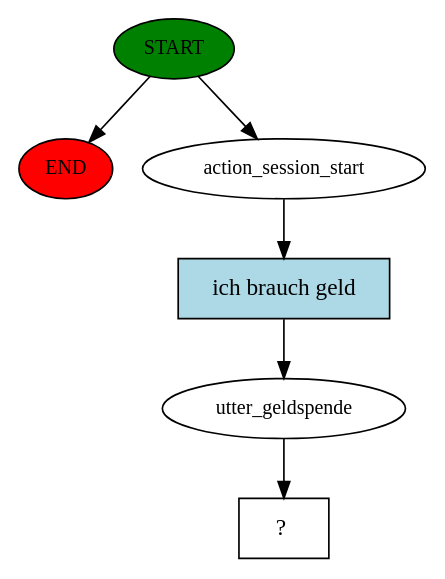
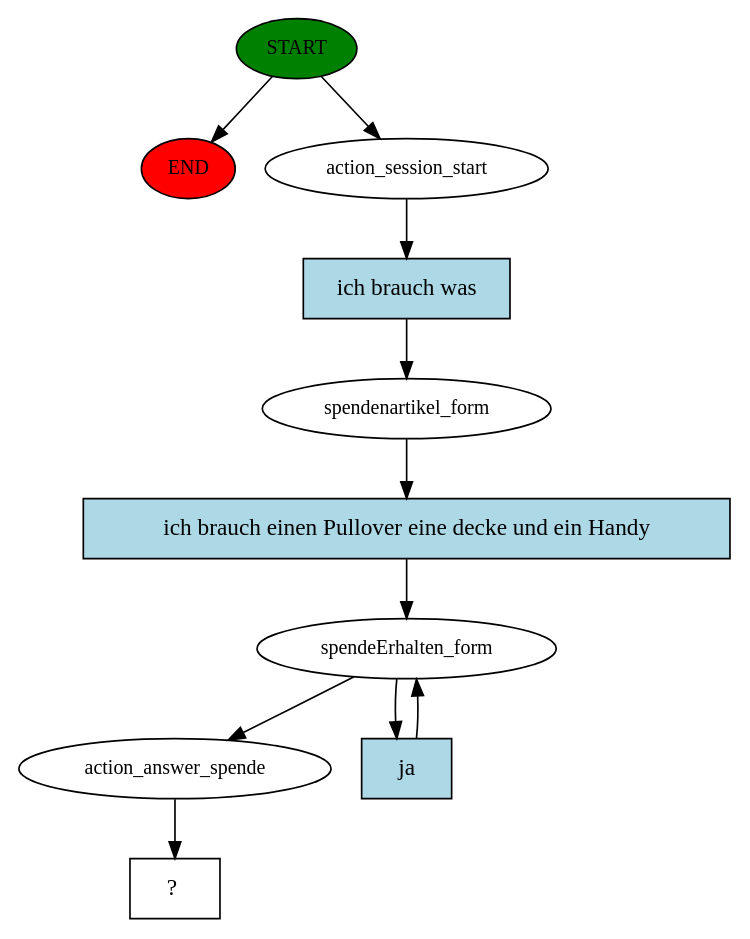
One commit to Schlaue-Lise-IT-Project/schlaue-lise changed the diagram in story_graph.dot. Above: the diagram before and after it, drawn with Graphviz. The commit also changed 3 other files, not shown here.

```diff
--- a/story_graph.dot
+++ b/story_graph.dot
@@ -1,13 +1,22 @@
 digraph  {
 0 [class="start active", fillcolor=green, fontsize=12, label=START, style=filled];
 "-1" [class=end, fillcolor=red, fontsize=12, label=END, style=filled];
 1 [class=active, fontsize=12, label=action_session_start];
-2 [class=active, fontsize=12, label=utter_geldspende];
-3 [class="intent dashed active", label="  ?  ", shape=rect];
-4 [class="intent active", fillcolor=lightblue, label="ich brauch geld", shape=rect, style=filled];
+2 [class=active, fontsize=12, label=spendenartikel_form];
+3 [class=active, fontsize=12, label=spendeErhalten_form];
+5 [class=active, fontsize=12, label=action_answer_spende];
+6 [class="intent dashed active", label="  ?  ", shape=rect];
+7 [class="intent active", fillcolor=lightblue, label="ich brauch was", shape=rect, style=filled];
+8 [class="intent active", fillcolor=lightblue, label="ich brauch einen Pullover eine decke und ein Handy", shape=rect, style=filled];
+9 [class="intent active", fillcolor=lightblue, label=ja, shape=rect, style=filled];
 0 -> "-1"  [class="", key=NONE, label=""];
 0 -> 1  [class=active, key=NONE, label=""];
-1 -> 4  [class=active, key=0];
-2 -> 3  [class=active, key=NONE, label=""];
-4 -> 2  [class=active, key=0];
+1 -> 7  [class=active, key=0];
+2 -> 8  [class=active, key=0];
+3 -> 5  [class=active, key=NONE, label=""];
+3 -> 9  [class=active, key=0];
+5 -> 6  [class=active, key=NONE, label=""];
+7 -> 2  [class=active, key=0];
+8 -> 3  [class=active, key=0];
+9 -> 3  [class=active, key=0];
 }
```
